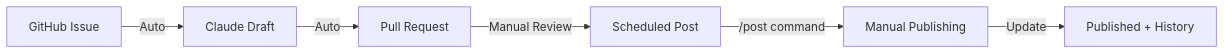
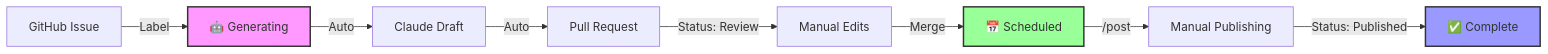
The diagram in README.md (mslavov/linkedin), drawn with Mermaid before and after one commit. The commit also changed other lines of this file and 3 other files, not shown here.

First line of the commit message:
docs: Enhance README and documentation for GitHub Project integration

````diff
--- a/README.md
+++ b/README.md
@@ -62,8 +67,14 @@
 ```mermaid
 graph LR
-    A[GitHub Issue] -->|Auto| B[Claude Draft]
-    B -->|Auto| C[Pull Request]
-    C -->|Manual Review| D[Scheduled Post]
-    D -->|/post command| E[Manual Publishing]
-    E -->|Update| F[Published + History]
+    A[GitHub Issue] -->|Label| B[🤖 Generating]
+    B -->|Auto| C[Claude Draft]
+    C -->|Auto| D[Pull Request]
+    D -->|Status: Review| E[Manual Edits]
+    E -->|Merge| F[📅 Scheduled]
+    F -->|/post| G[Manual Publishing]
+    G -->|Status: Published| H[✅ Complete]
+    
+    style B fill:#f9f,stroke:#333,stroke-width:2px
+    style F fill:#9f9,stroke:#333,stroke-width:2px
+    style H fill:#99f,stroke:#333,stroke-width:2px
 ```
````
